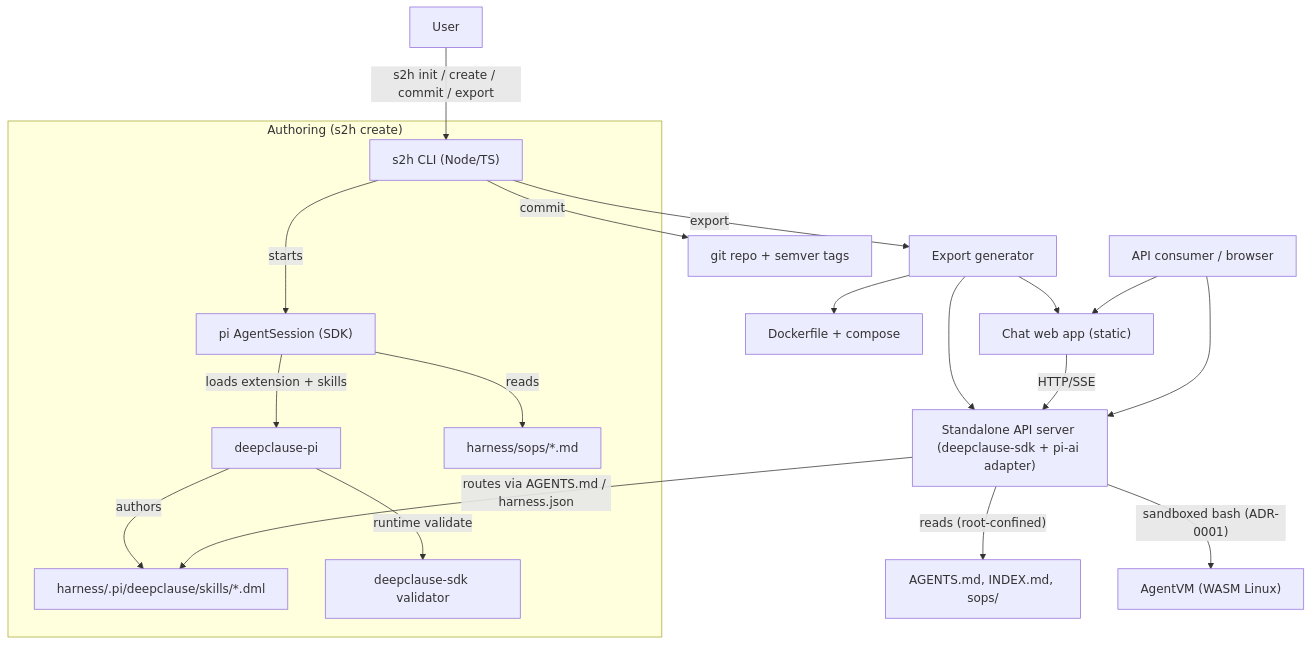
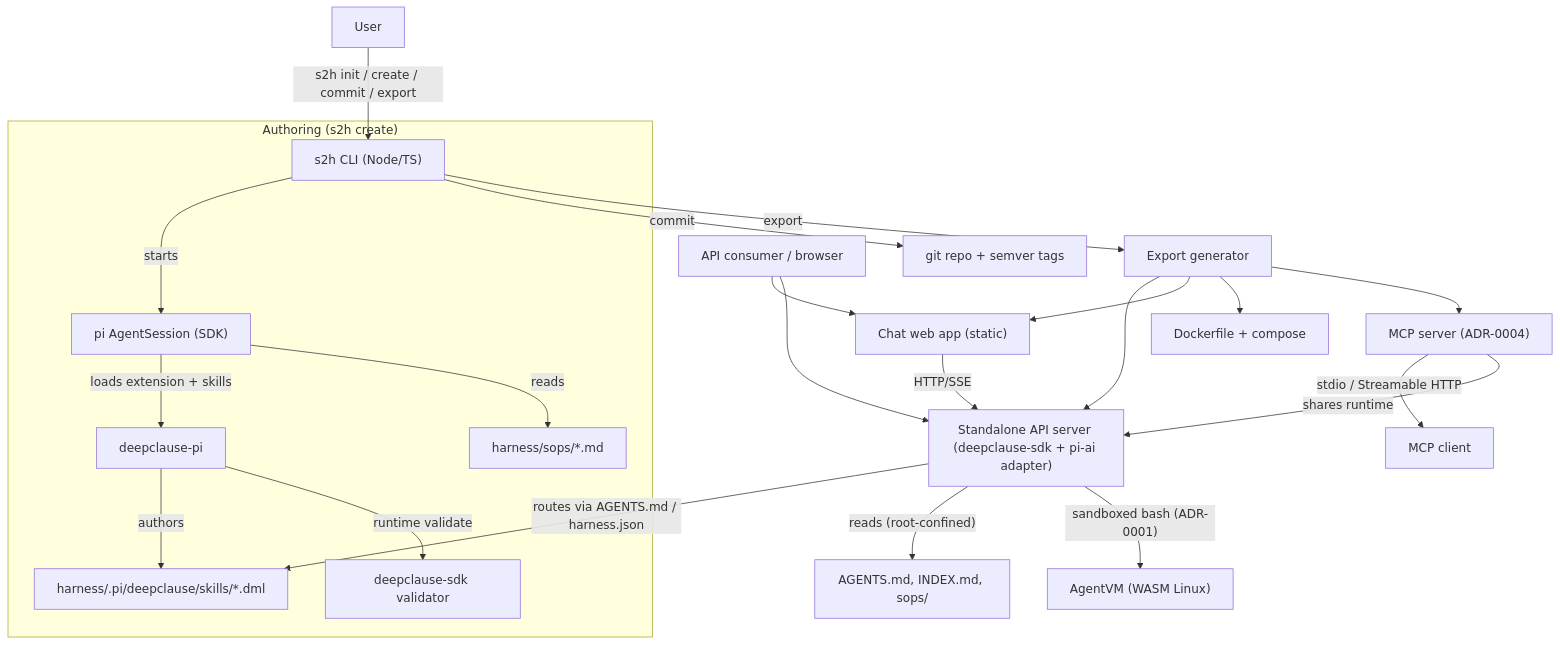
Before and after one commit to deepclause/sop2harness: the diagram in docs/DESIGN.md, drawn with Mermaid. The commit also changed other lines of this file and 4 other files, not shown here.

First line of the commit message:
design: expose exported harness via MCP server (ADR-0004)

````diff
--- a/docs/DESIGN.md
+++ b/docs/DESIGN.md
@@ -57,25 +57,28 @@
 ```mermaid
 flowchart TD
   U["User"] -->|"s2h init / create / commit / export"| CLI["s2h CLI (Node/TS)"]
 
   subgraph Authoring["Authoring (s2h create)"]
     CLI -->|"starts"| PI["pi AgentSession (SDK)"]
     PI -->|"loads extension + skills"| DCP["deepclause-pi"]
     PI -->|"reads"| SOPS["harness/sops/*.md"]
     DCP -->|"authors"| SK["harness/.pi/deepclause/skills/*.dml"]
     DCP -->|"runtime validate"| SDKV["deepclause-sdk validator"]
   end
 
   CLI -->|"commit"| GIT["git repo + semver tags"]
   CLI -->|"export"| GEN["Export generator"]
   GEN --> API["Standalone API server (deepclause-sdk + pi-ai adapter)"]
   GEN --> WEB["Chat web app (static)"]
   GEN --> DOCKER["Dockerfile + compose"]
 
   API -->|"routes via AGENTS.md / harness.json"| SK
   API -->|"reads (root-confined)"| DOCS["AGENTS.md, INDEX.md, sops/"]
   API -->|"sandboxed bash (ADR-0001)"| VM["AgentVM (WASM Linux)"]
   WEB -->|"HTTP/SSE"| API
   U2["API consumer / browser"] --> WEB
   U2 --> API
+  GEN --> MCP["MCP server (ADR-0004)"]
+  MCP -->|"stdio / Streamable HTTP"| MCPC["MCP client"]
+  MCP -->|"shares runtime"| API
 ```
````
